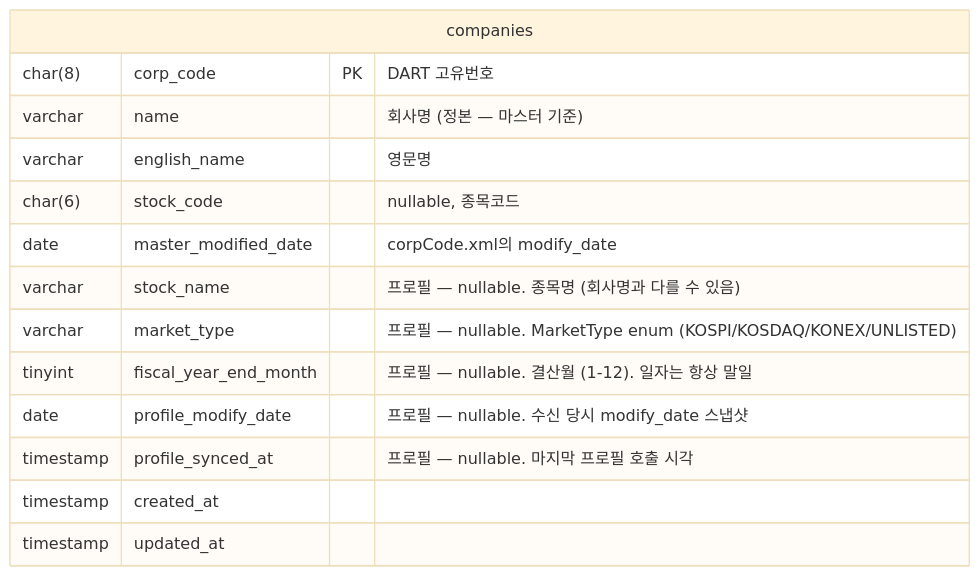
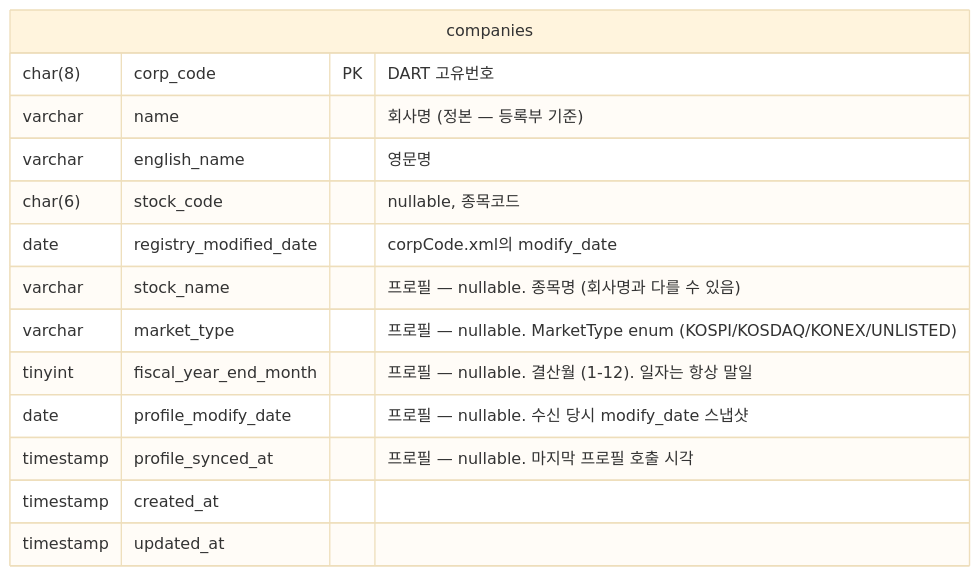
Before and after one commit to gukin-han/e-invest-lab: the diagram in docs/specs/company.md, drawn with Mermaid (base theme). The commit also changed other lines of this file and 8 other files, not shown here.

````diff
--- a/docs/specs/company.md
+++ b/docs/specs/company.md
@@ -175,19 +175,19 @@
 ```mermaid
 erDiagram
     companies {
         char(8)   corp_code             PK "DART 고유번호"
-        varchar   name                      "회사명 (정본 — 마스터 기준)"
+        varchar   name                      "회사명 (정본 — 등록부 기준)"
         varchar   english_name              "영문명"
         char(6)   stock_code                "nullable, 종목코드"
-        date      master_modified_date        "corpCode.xml의 modify_date"
+        date      registry_modified_date        "corpCode.xml의 modify_date"
 
         varchar   stock_name                "프로필 — nullable. 종목명 (회사명과 다를 수 있음)"
         varchar   market_type               "프로필 — nullable. MarketType enum (KOSPI/KOSDAQ/KONEX/UNLISTED)"
         tinyint   fiscal_year_end_month     "프로필 — nullable. 결산월 (1-12). 일자는 항상 말일"
         date      profile_modify_date       "프로필 — nullable. 수신 당시 modify_date 스냅샷"
         timestamp profile_synced_at         "프로필 — nullable. 마지막 프로필 호출 시각"
 
         timestamp created_at
         timestamp updated_at
     }
 ```
````
